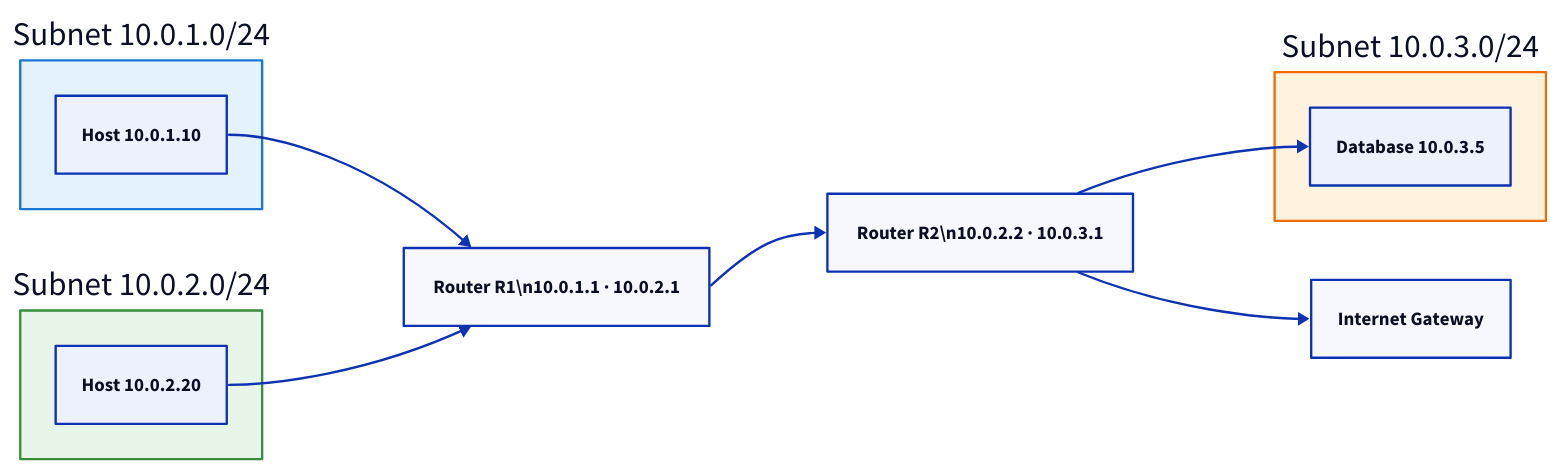
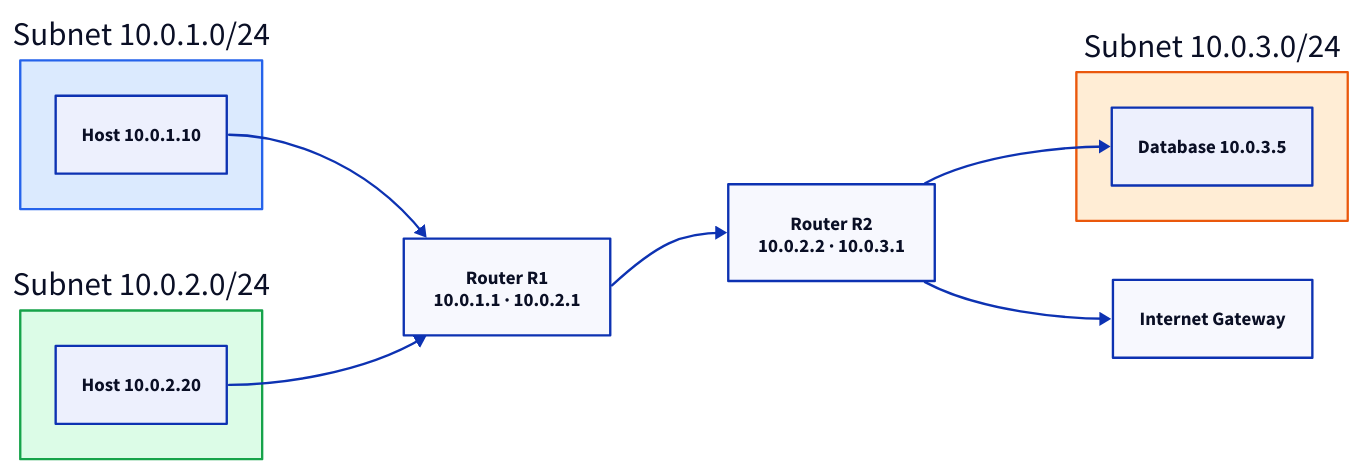
Before and after one commit to rebash-rebash/rebash-academy: the diagram in docs/networking/routing-fundamentals.md, drawn with D2. The commit also changed 177 other files, not shown here.

First line of the commit message:
Ship Terraform track, diagram polish, and new brand favicon.

````diff
--- a/docs/networking/routing-fundamentals.md
+++ b/docs/networking/routing-fundamentals.md
@@ -52,33 +52,33 @@
 ```d2
 direction: right
 
 LAN1: "Subnet 10.0.1.0/24" {
       style: {
-        fill: "#e3f2fd"
-        stroke: "#1976d2"
+        fill: "#dbeafe"
+        stroke: "#2563eb"
       }
         H1: "Host 10.0.1.10"
     }
     LAN2: "Subnet 10.0.2.0/24" {
       style: {
-        fill: "#e8f5e9"
-        stroke: "#388e3c"
+        fill: "#dcfce7"
+        stroke: "#16a34a"
       }
         H2: "Host 10.0.2.20"
     }
     LAN3: "Subnet 10.0.3.0/24" {
       style: {
-        fill: "#fff3e0"
-        stroke: "#ef6c00"
+        fill: "#ffedd5"
+        stroke: "#ea580c"
       }
         DB: "Database 10.0.3.5"
     }
-    R1: "Router R1\\n10.0.1.1 · 10.0.2.1"
-    R2: "Router R2\\n10.0.2.2 · 10.0.3.1"
+    R1: "Router R1\n10.0.1.1 · 10.0.2.1"
+    R2: "Router R2\n10.0.2.2 · 10.0.3.1"
     IGW: "Internet Gateway"
     LAN1.H1 -> R1
     R1 -> R2
     R2 -> LAN3.DB
     R2 -> IGW
     LAN2.H2 -> R1
 ```
````
